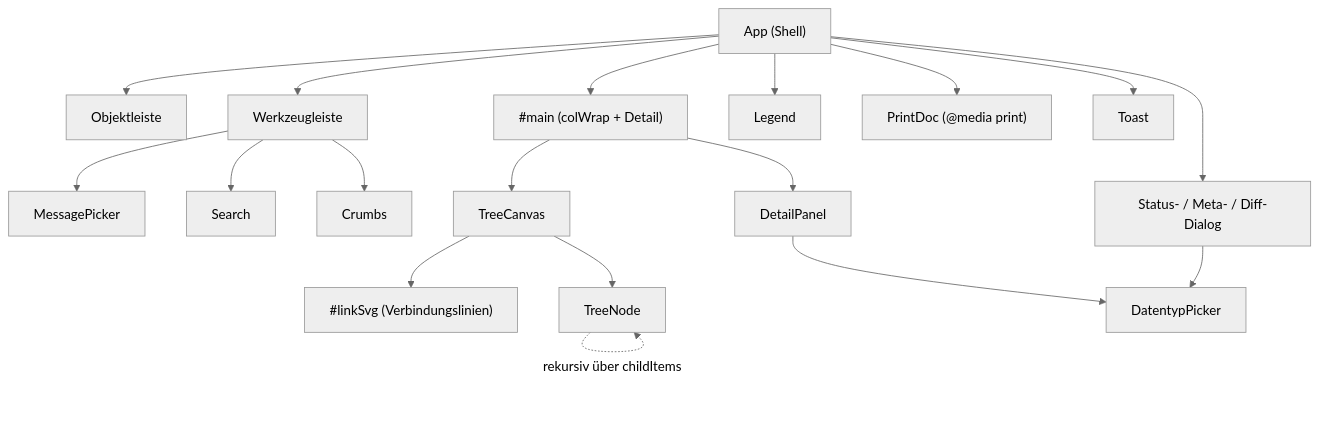
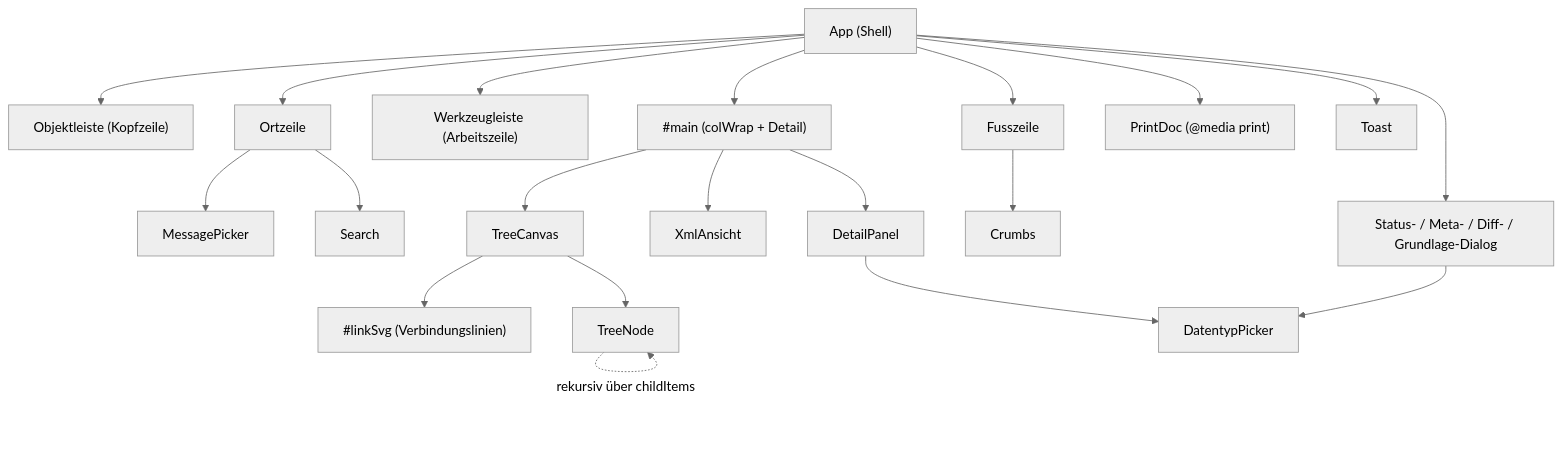
Before and after one commit to FinnFreiheit/Profilierer: the first of 4 diagrams in docs/architecture.md, drawn with Mermaid (neutral theme). The commit also changed other lines of this file and 21 other files, not shown here.

````diff
--- a/docs/architecture.md
+++ b/docs/architecture.md
@@ -24,21 +24,23 @@
 ```mermaid
 graph TD
   App["App (Shell)"]
-  App --> Objektleiste
-  App --> Werkzeugleiste
+  App --> Objektleiste["Objektleiste (Kopfzeile)"]
+  App --> Ortzeile
+  App --> Werkzeugleiste["Werkzeugleiste (Arbeitszeile)"]
   App --> Main["#main (colWrap + Detail)"]
-  App --> Legend
+  App --> Fusszeile
   App --> PrintDoc["PrintDoc (@media print)"]
   App --> Toast
-  App --> Dlgs["Status- / Meta- / Diff-Dialog"]
-  Werkzeugleiste --> MessagePicker
-  Werkzeugleiste --> Search
-  Werkzeugleiste --> Crumbs
+  App --> Dlgs["Status- / Meta- / Diff- / Grundlage-Dialog"]
+  Ortzeile --> MessagePicker
+  Ortzeile --> Search
+  Fusszeile --> Crumbs
   Main --> TreeCanvas
+  Main --> XmlAnsicht
   Main --> DetailPanel
   DetailPanel --> DatentypPicker
   Dlgs --> DatentypPicker
   TreeCanvas --> LinkSVG["#linkSvg (Verbindungslinien)"]
   TreeCanvas --> TreeNode
   TreeNode -.->|rekursiv über childItems| TreeNode
 ```
````
